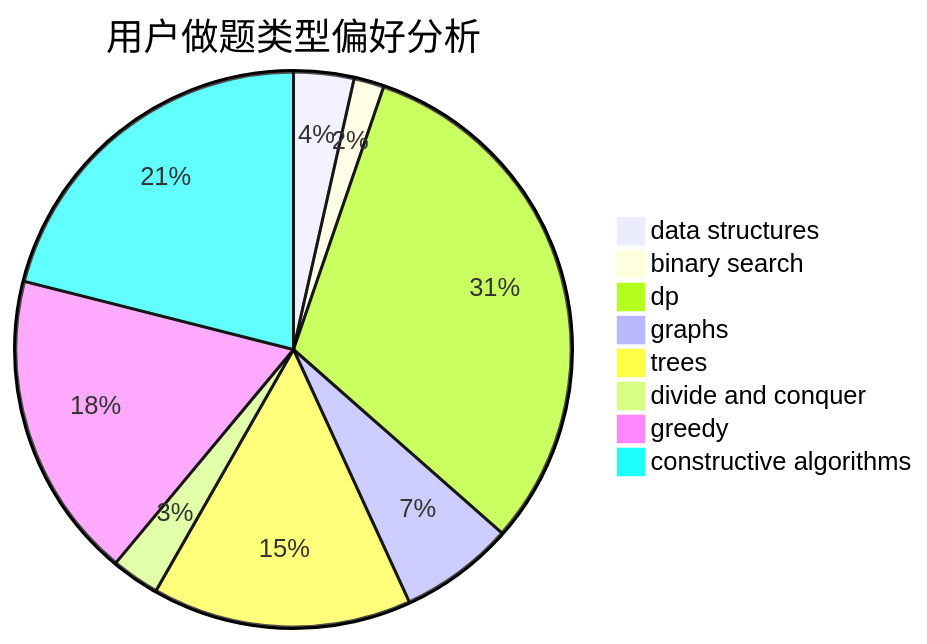
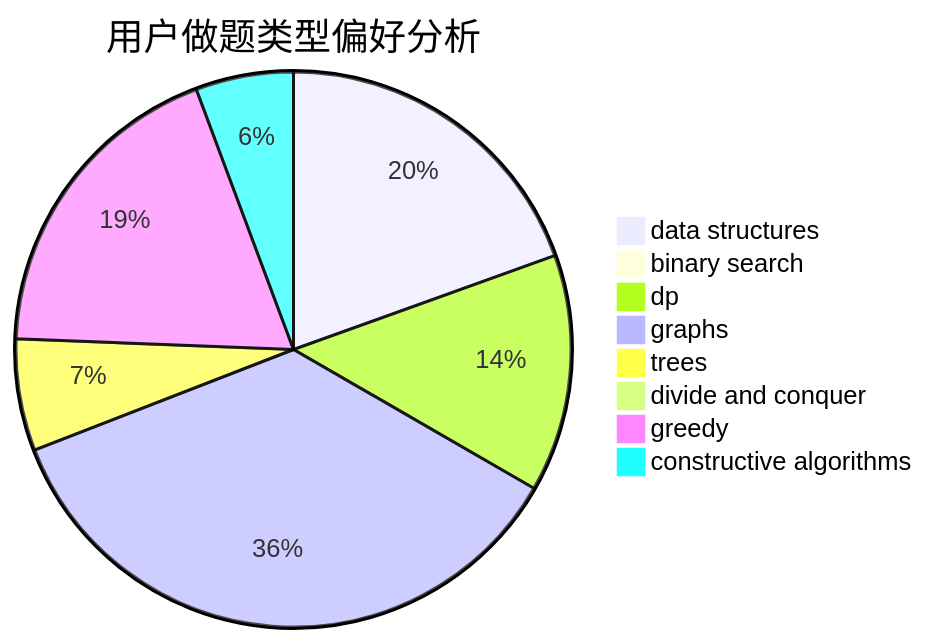
The second of 3 diagrams in docs/user/u798.md (sherpahu/cfrs.github.io), drawn with Mermaid before and after one commit. The commit also changed other lines of this file and 2770 other files, not shown here.

````diff
--- a/docs/user/u798.md
+++ b/docs/user/u798.md
@@ -23,11 +23,11 @@
 ```mermaid
 pie title 用户做题类型偏好分析
-    "data structures" :  10
-    "binary search" :  5
-    "dp" :  89
-    "graphs" :  19
-    "trees" :  43
-    "divide and conquer" :  8
-    "greedy" :  51
-    "constructive algorithms" :  60
+    "data structures" :  24
+    "binary search" :  0
+    "dp" :  17
+    "graphs" :  44
+    "trees" :  8
+    "divide and conquer" :  0
+    "greedy" :  23
+    "constructive algorithms" :  7
 ```
````
